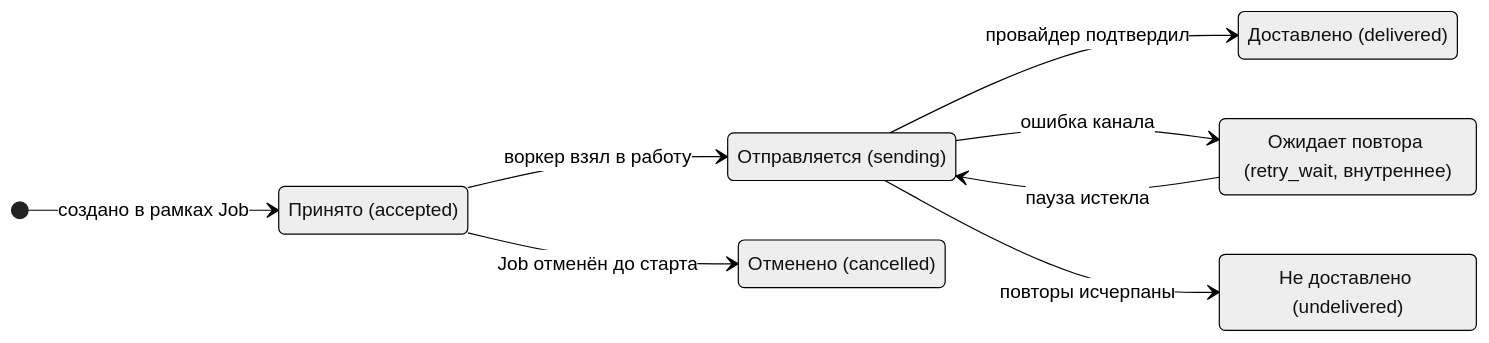
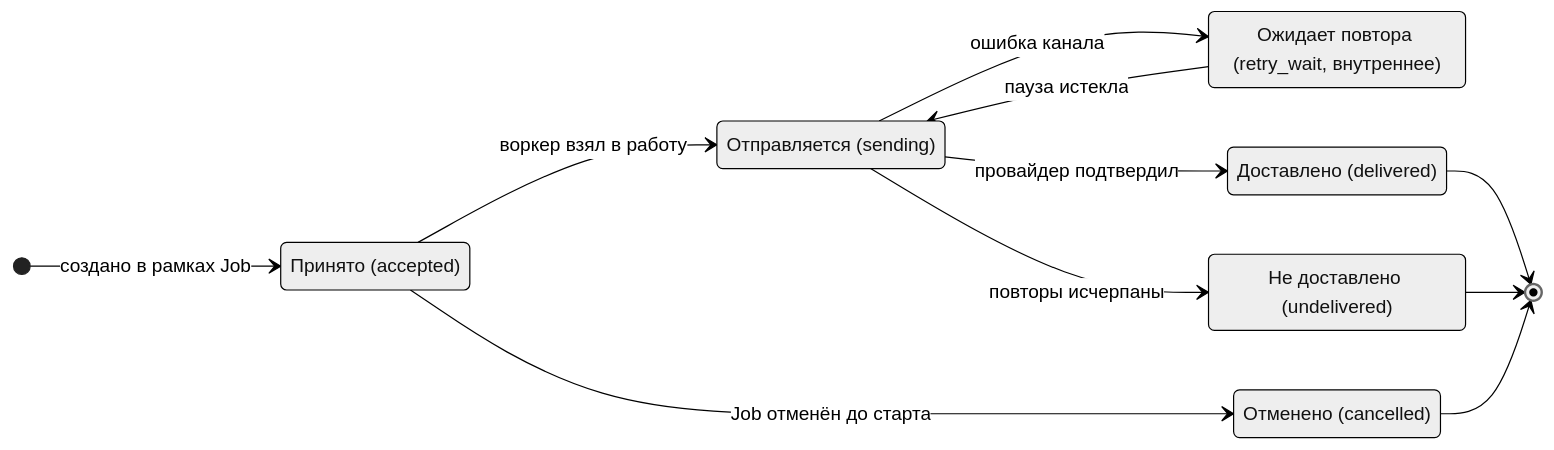
One commit to AIProgramIngeneering2026/team-auto-1 changed the fourth of 4 diagrams in docs/architecture.md. Above: the diagram before and after it, drawn with Mermaid (neutral theme). The commit also changed other lines of this file, not shown here.

````diff
--- a/docs/architecture.md
+++ b/docs/architecture.md
@@ -235,18 +239,21 @@
 ```mermaid
 stateDiagram-v2
     direction LR
     state "Принято (accepted)" as ACC
     state "Отправляется (sending)" as SND
     state "Ожидает повтора (retry_wait, внутреннее)" as RTW
     state "Доставлено (delivered)" as DLV
     state "Не доставлено (undelivered)" as UDL
     state "Отменено (cancelled)" as CNC
 
     [*] --> ACC : создано в рамках Job
     ACC --> CNC : Job отменён до старта
     ACC --> SND : воркер взял в работу
     SND --> DLV : провайдер подтвердил
     SND --> RTW : ошибка канала
     RTW --> SND : пауза истекла
     SND --> UDL : повторы исчерпаны
+    DLV --> [*]
+    UDL --> [*]
+    CNC --> [*]
 ```
````
